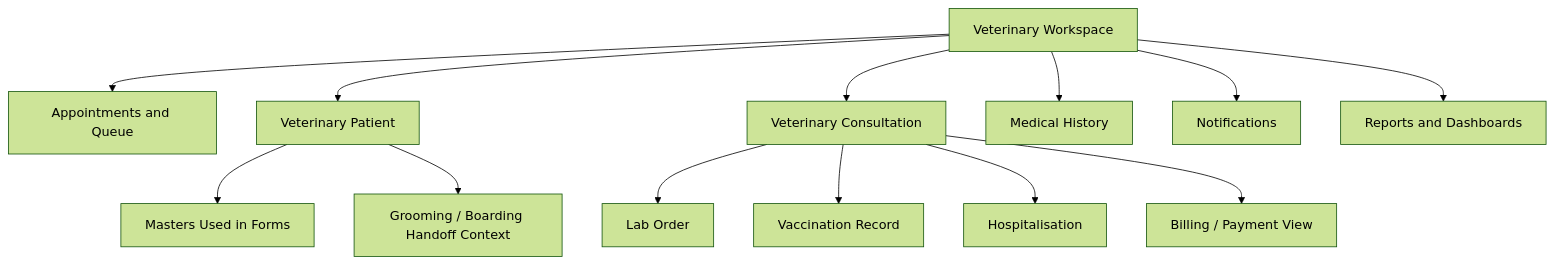
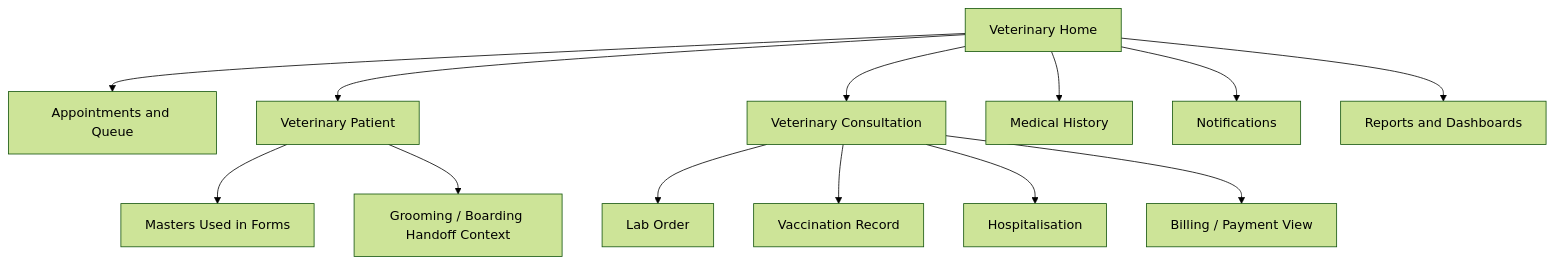
Before and after one commit to olayemigod/VetEdge: the first of 13 diagrams in docs/training/veterinary_doctor_operations/veterinary_doctor_training_manual.md, drawn with Mermaid (forest theme). The commit also changed other lines of this file and 28 other files, not shown here.

````diff
--- a/docs/training/veterinary_doctor_operations/veterinary_doctor_training_manual.md
+++ b/docs/training/veterinary_doctor_operations/veterinary_doctor_training_manual.md
@@ -76,15 +76,15 @@
 ```mermaid
 flowchart TD
-    A[Veterinary Workspace] --> B[Appointments and Queue]
+    A[Veterinary Home] --> B[Appointments and Queue]
     A --> C[Veterinary Patient]
     A --> D[Veterinary Consultation]
     A --> E[Medical History]
     D --> F[Lab Order]
     D --> G[Vaccination Record]
     D --> H[Hospitalisation]
     D --> I[Billing / Payment View]
     A --> J[Notifications]
     A --> K[Reports and Dashboards]
     C --> L[Masters Used in Forms]
     C --> M[Grooming / Boarding Handoff Context]
 ```
````
